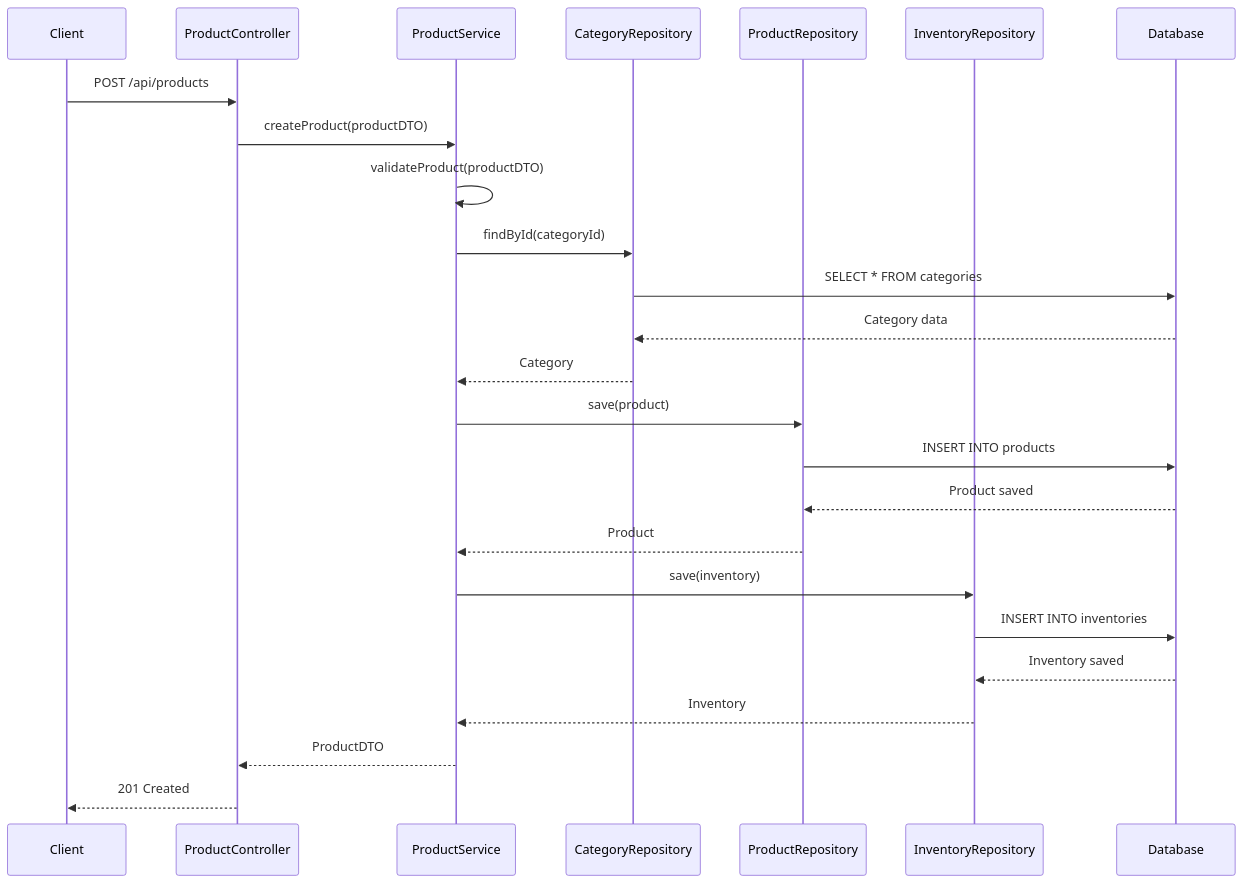
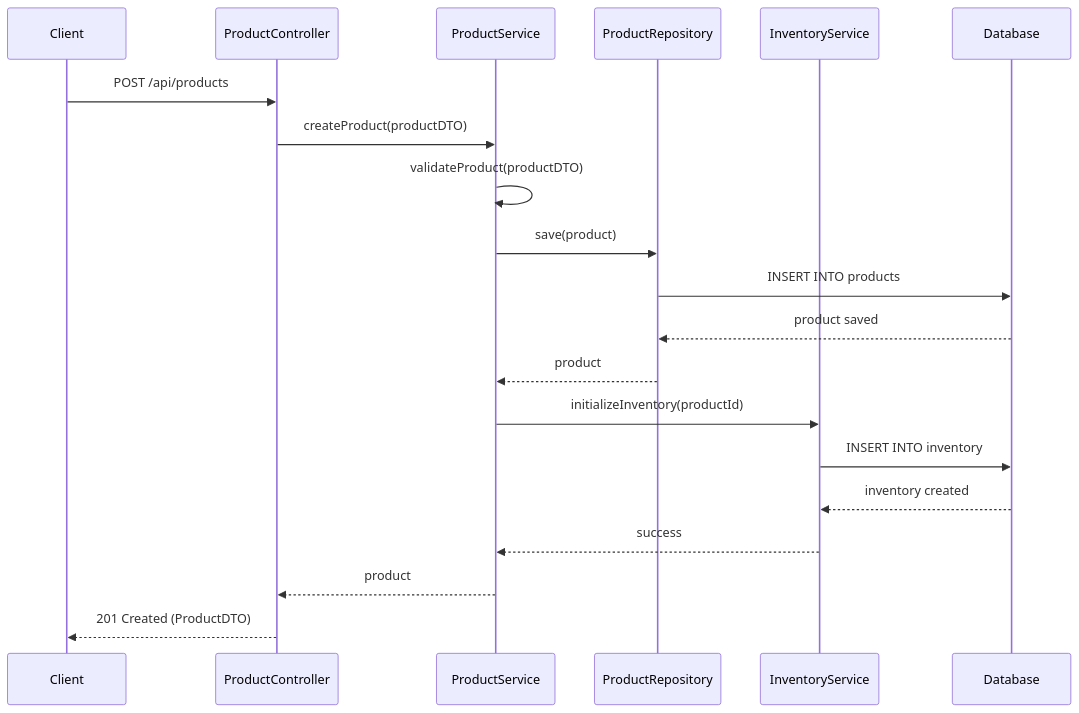
Before and after one commit to NavneetBN47/aava-ecom-demo: the third of 13 diagrams in docs/LLD/modified_lld.md, drawn with Mermaid. The commit also changed other lines of this file, not shown here.

````diff
--- a/docs/LLD/modified_lld.md
+++ b/docs/LLD/modified_lld.md
@@ -305,28 +321,23 @@
 ```mermaid
 sequenceDiagram
     participant Client
     participant ProductController
     participant ProductService
-    participant CategoryRepository
     participant ProductRepository
-    participant InventoryRepository
+    participant InventoryService
     participant Database
 
     Client->>ProductController: POST /api/products
     ProductController->>ProductService: createProduct(productDTO)
     ProductService->>ProductService: validateProduct(productDTO)
-    ProductService->>CategoryRepository: findById(categoryId)
-    CategoryRepository->>Database: SELECT * FROM categories
-    Database-->>CategoryRepository: Category data
-    CategoryRepository-->>ProductService: Category
     ProductService->>ProductRepository: save(product)
     ProductRepository->>Database: INSERT INTO products
-    Database-->>ProductRepository: Product saved
-    ProductRepository-->>ProductService: Product
-    ProductService->>InventoryRepository: save(inventory)
-    InventoryRepository->>Database: INSERT INTO inventories
-    Database-->>InventoryRepository: Inventory saved
-    InventoryRepository-->>ProductService: Inventory
-    ProductService-->>ProductController: ProductDTO
-    ProductController-->>Client: 201 Created
+    Database-->>ProductRepository: product saved
+    ProductRepository-->>ProductService: product
+    ProductService->>InventoryService: initializeInventory(productId)
+    InventoryService->>Database: INSERT INTO inventory
+    Database-->>InventoryService: inventory created
+    InventoryService-->>ProductService: success
+    ProductService-->>ProductController: product
+    ProductController-->>Client: 201 Created (ProductDTO)
 ```
````
